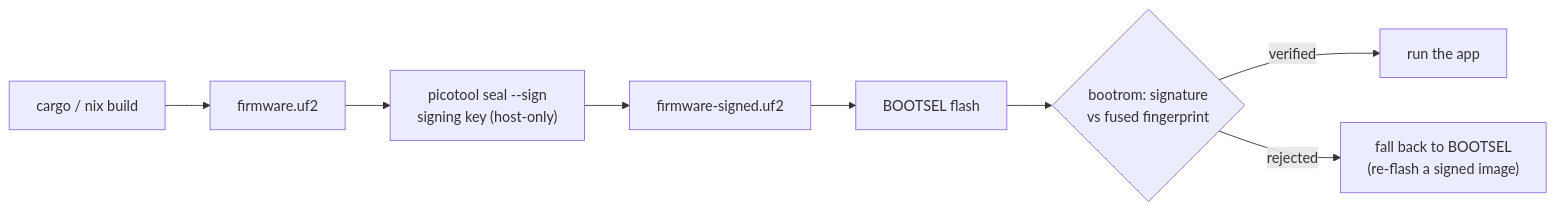
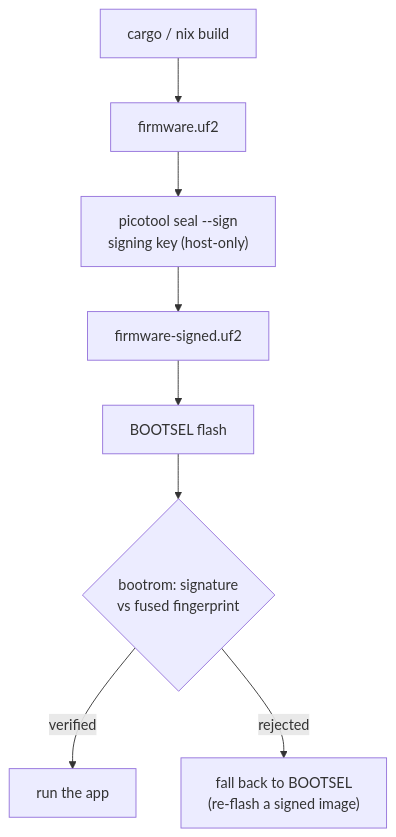
One commit to librekeys/RS-Key changed the second of 2 diagrams in docs/production.md. Above: the diagram before and after it, drawn with Mermaid. The commit also changed 7 other files, not shown here.

First line of the commit message:
docs: make the Mermaid diagrams readable on the site

````diff
--- a/docs/production.md
+++ b/docs/production.md
@@ -82,10 +82,10 @@
 ```mermaid
-flowchart LR
+flowchart TD
     build["cargo / nix build"] --> uf2["firmware.uf2"]
     uf2 --> seal["picotool seal --sign<br/>signing key (host-only)"]
     seal --> signed["firmware-signed.uf2"]
     signed --> flash["BOOTSEL flash"]
     flash --> rom{"bootrom: signature<br/>vs fused fingerprint"}
     rom -->|verified| run["run the app"]
     rom -->|rejected| bootsel["fall back to BOOTSEL<br/>(re-flash a signed image)"]
 ```
````
